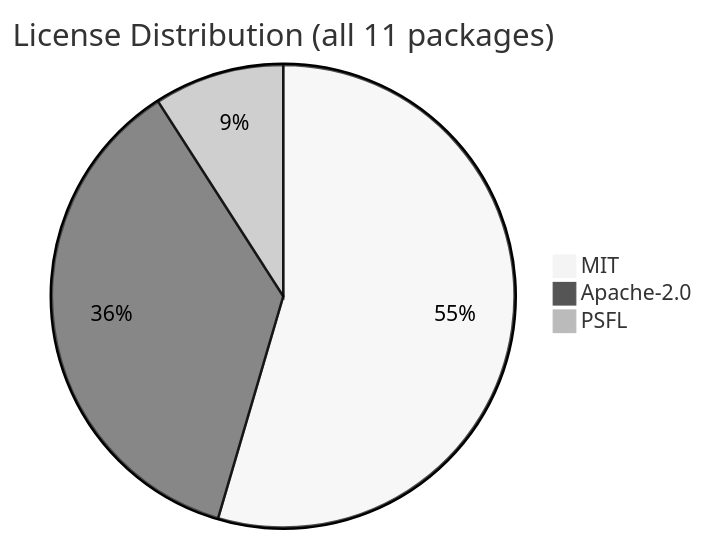
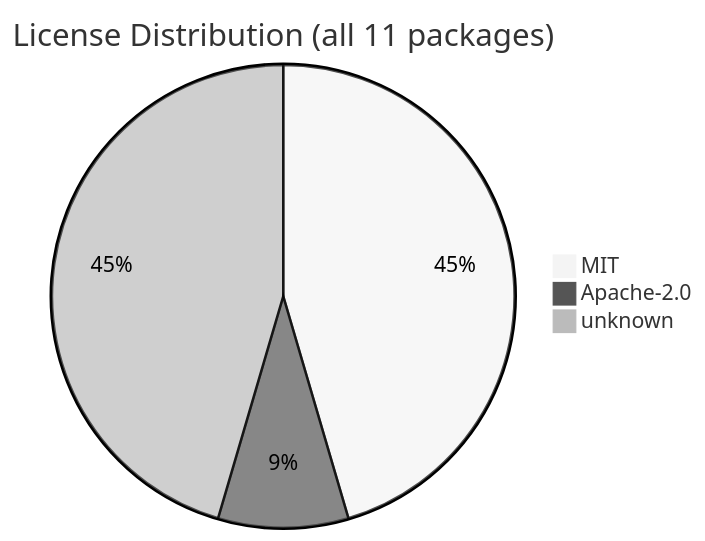
Before and after one commit to svenroth-ai/shipwright: the diagram in .shipwright/compliance/sbom.md, drawn with Mermaid (neutral theme). The commit also changed other lines of this file and 16 other files, not shown here.

````diff
--- a/.shipwright/compliance/sbom.md
+++ b/.shipwright/compliance/sbom.md
@@ -18,6 +18,6 @@
 ```mermaid
 pie title License Distribution (all 11 packages)
-    "MIT" : 6
-    "Apache-2.0" : 4
-    "PSFL" : 1
+    "MIT" : 5
+    "Apache-2.0" : 1
+    "unknown" : 5
 ```
````
